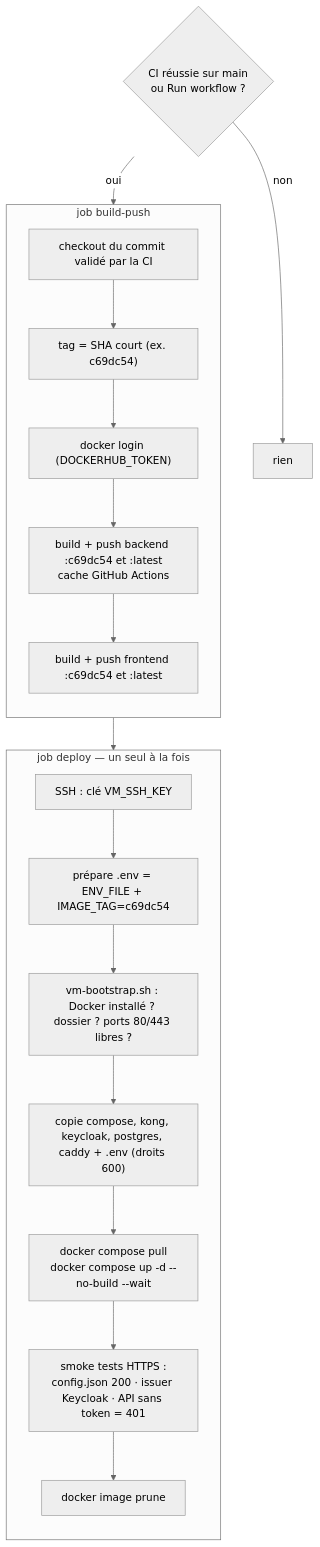
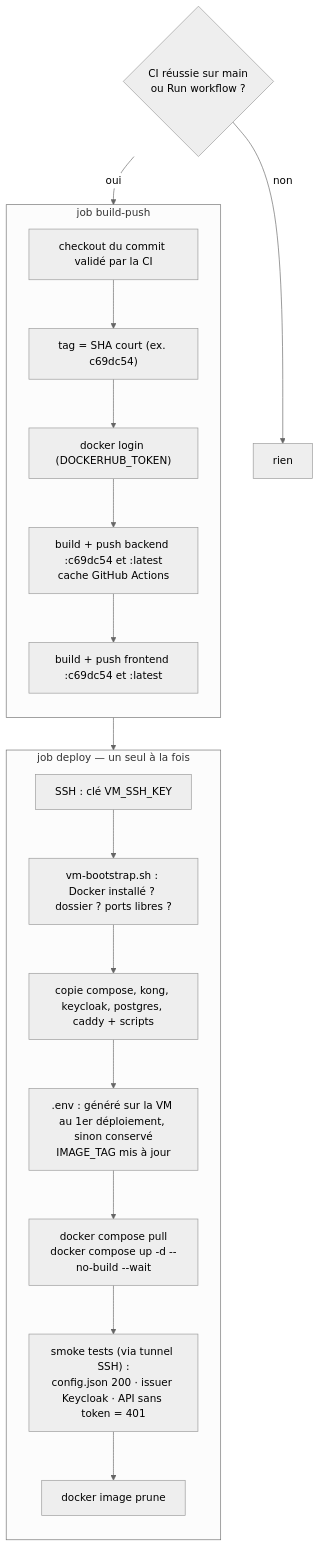
Before and after one commit to fouziasalah/petites-annonces: the third of 3 diagrams in docs/03-pipeline-ci-cd.md, drawn with Mermaid (neutral theme). The commit also changed other lines of this file and 6 other files, not shown here.

First line of the commit message:
ci(cd): secrets de production générés sur la VM, suppression de ENV_FILE

````diff
--- a/docs/03-pipeline-ci-cd.md
+++ b/docs/03-pipeline-ci-cd.md
@@ -157,22 +157,22 @@
 ```mermaid
 flowchart TB
     S{"CI réussie sur main<br/>ou Run workflow ?"} -->|non| X["rien"]
     S -->|oui| BP
     subgraph BP["job build-push"]
       direction TB
       b1["checkout du commit validé par la CI"] --> b2["tag = SHA court (ex. c69dc54)"]
       b2 --> b3["docker login (DOCKERHUB_TOKEN)"]
       b3 --> b4["build + push backend :c69dc54 et :latest<br/>cache GitHub Actions"]
       b4 --> b5["build + push frontend :c69dc54 et :latest"]
     end
     BP --> DP
     subgraph DP["job deploy — un seul à la fois"]
       direction TB
-      d1["SSH : clé VM_SSH_KEY"] --> d2["prépare .env = ENV_FILE + IMAGE_TAG=c69dc54"]
-      d2 --> d3["vm-bootstrap.sh : Docker installé ? dossier ? ports 80/443 libres ?"]
-      d3 --> d4["copie compose, kong, keycloak, postgres, caddy + .env (droits 600)"]
+      d1["SSH : clé VM_SSH_KEY"] --> d2["vm-bootstrap.sh : Docker installé ? dossier ? ports libres ?"]
+      d2 --> d3["copie compose, kong, keycloak, postgres, caddy + scripts"]
+      d3 --> d4[".env : généré sur la VM au 1er déploiement, sinon conservé<br/>IMAGE_TAG mis à jour"]
       d4 --> d5["docker compose pull<br/>docker compose up -d --no-build --wait"]
-      d5 --> d6["smoke tests HTTPS :<br/>config.json 200 · issuer Keycloak · API sans token = 401"]
+      d5 --> d6["smoke tests (via tunnel SSH) :<br/>config.json 200 · issuer Keycloak · API sans token = 401"]
       d6 --> d7["docker image prune"]
     end
 ```
````
